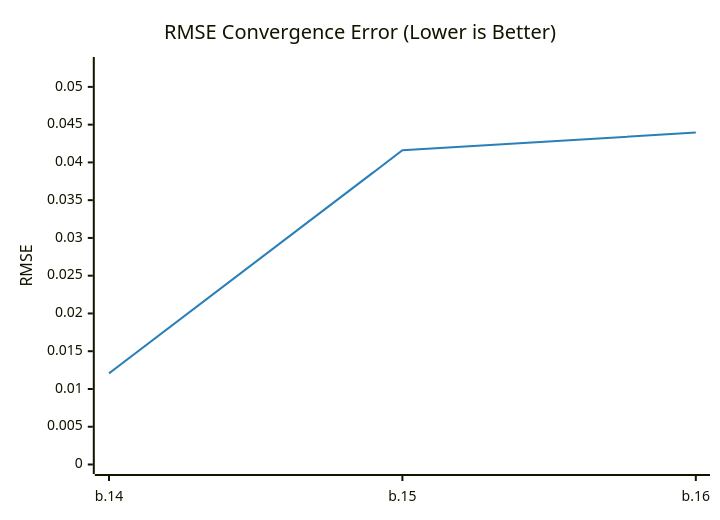
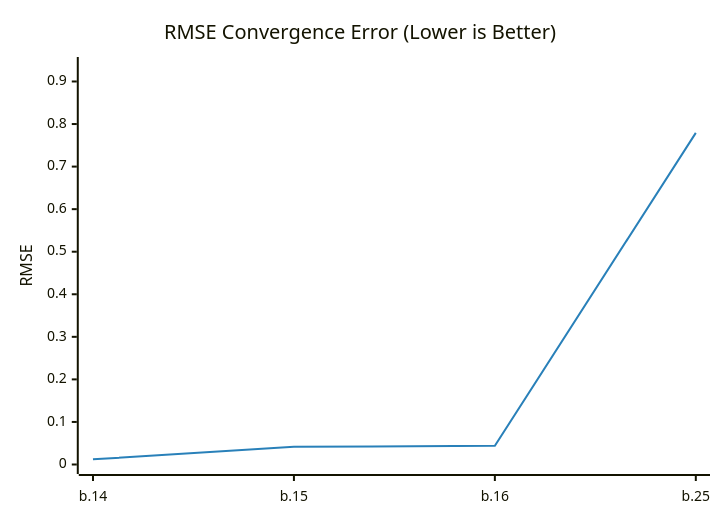
One commit to timo-eberl/tracy changed the diagram in README.md. Above: the diagram before and after it, drawn with Mermaid. The commit also changed other lines of this file and 2 other files, not shown here.

````diff
--- a/README.md
+++ b/README.md
@@ -13,14 +13,14 @@
 ```mermaid
 ---
 config:
     theme: base
     themeVariables:
         xyChart:
             plotColorPalette: "#2980b9"
 ---
 xychart-beta
     title "RMSE Convergence Error (Lower is Better)"
-    x-axis ["b.14", "b.15", "b.16"]
-    y-axis "RMSE" 0 --> 0.0527
-    line [0.012064, 0.041607, 0.043946]
+    x-axis ["b.14", "b.15", "b.16", "b.25"]
+    y-axis "RMSE" 0 --> 0.9352
+    line [0.012064, 0.041607, 0.043946, 0.7793]
 ```
````
